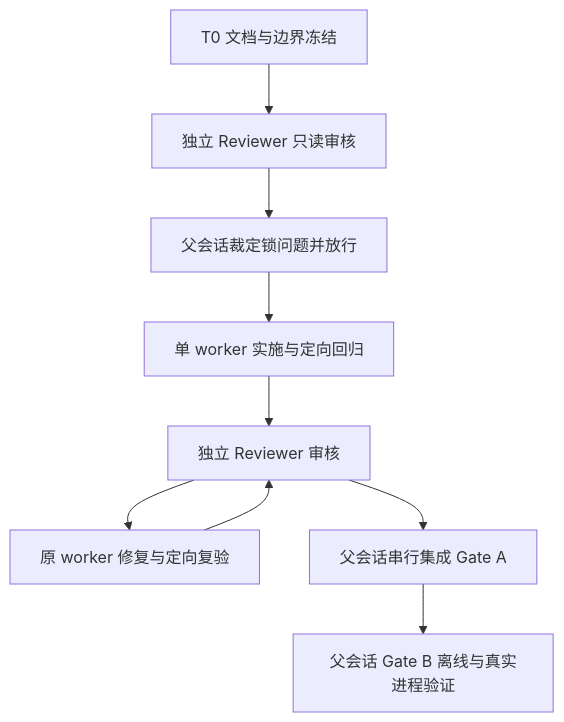
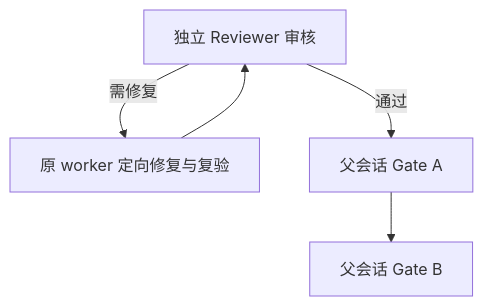
One commit to sunny0826/inferyard changed the diagram in docs/plans/inferyard-current-format.md. Above: the diagram before and after it, drawn with Mermaid. The commit also changed other lines of this file and 169 other files, not shown here.

````diff
--- a/docs/plans/inferyard-current-format.md
+++ b/docs/plans/inferyard-current-format.md
@@ -10,11 +22,7 @@
 ```mermaid
 flowchart TD
-    T0[T0 文档与边界冻结] --> R0[独立 Reviewer 只读审核]
-    R0 --> P0[父会话裁定锁问题并放行]
-    P0 --> W[单 worker 实施与定向回归]
-    W --> R1[独立 Reviewer 审核]
-    R1 --> F[原 worker 修复与定向复验]
-    F --> R1
-    R1 --> A[父会话串行集成 Gate A]
-    A --> B[父会话 Gate B 离线与真实进程验证]
+    R[独立 Reviewer 审核] -->|需修复| F[原 worker 定向修复与复验]
+    F --> R
+    R -->|通过| A[父会话 Gate A]
+    A --> B[父会话 Gate B]
 ```
````
